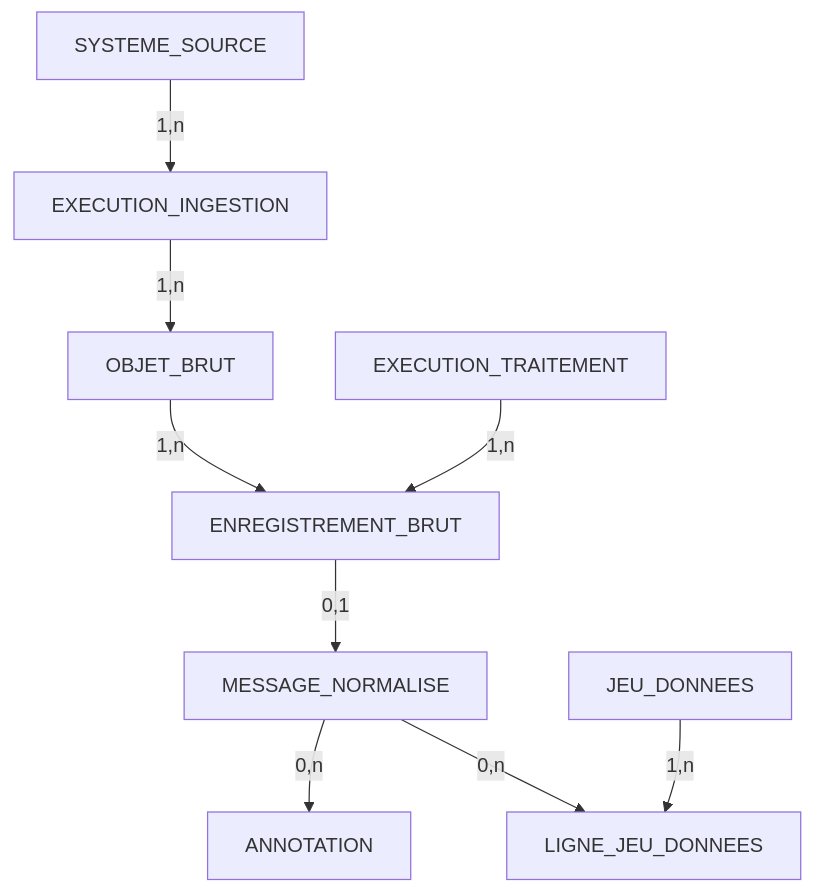
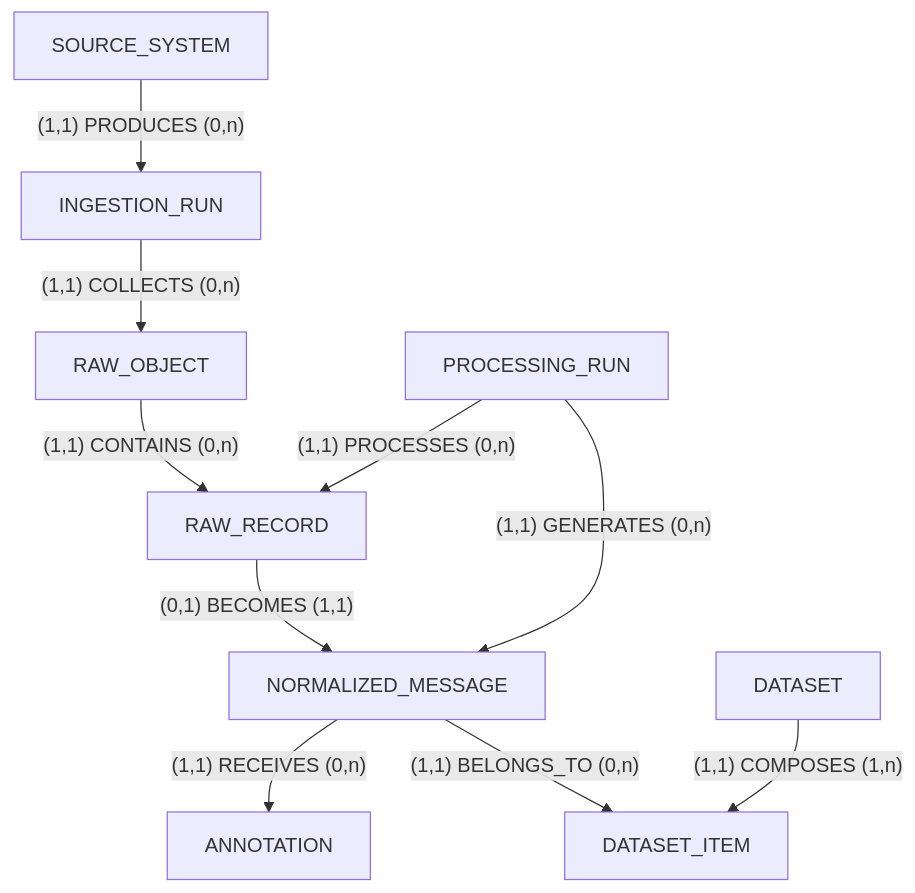
One commit to MichAdebayo/sicurre changed the first of 3 diagrams in docs/architecture/data-design.md. Above: the diagram before and after it, drawn with Mermaid. The commit also changed other lines of this file and 4 other files, not shown here.

Commit message:
refactor(diagrams): remove outdated component architecture and data model diagrams

````diff
--- a/docs/architecture/data-design.md
+++ b/docs/architecture/data-design.md
@@ -73,21 +75,22 @@
 ```mermaid
 flowchart TD
-    SS[SYSTEME_SOURCE]
-    IR[EXECUTION_INGESTION]
-    RO[OBJET_BRUT]
-    RR[ENREGISTREMENT_BRUT]
-    PR[EXECUTION_TRAITEMENT]
-    NM[MESSAGE_NORMALISE]
+    SS[SOURCE_SYSTEM]
+    IR[INGESTION_RUN]
+    RO[RAW_OBJECT]
+    RR[RAW_RECORD]
+    PR[PROCESSING_RUN]
+    NM[NORMALIZED_MESSAGE]
     AN[ANNOTATION]
-    DS[JEU_DONNEES]
-    DI[LIGNE_JEU_DONNEES]
+    DS[DATASET]
+    DI[DATASET_ITEM]
 
-    SS -->|1,n| IR
-    IR -->|1,n| RO
-    RO -->|1,n| RR
-    PR -->|1,n| RR
-    RR -->|0,1| NM
-    NM -->|0,n| AN
-    DS -->|1,n| DI
-    NM -->|0,n| DI
+    SS -->|"(1,1) PRODUCES (0,n)"| IR
+    IR -->|"(1,1) COLLECTS (0,n)"| RO
+    RO -->|"(1,1) CONTAINS (0,n)"| RR
+    PR -->|"(1,1) PROCESSES (0,n)"| RR
+    RR -->|"(0,1) BECOMES (1,1)"| NM
+    PR -->|"(1,1) GENERATES (0,n)"| NM
+    NM -->|"(1,1) RECEIVES (0,n)"| AN
+    DS -->|"(1,1) COMPOSES (1,n)"| DI
+    NM -->|"(1,1) BELONGS_TO (0,n)"| DI
 ```
````
